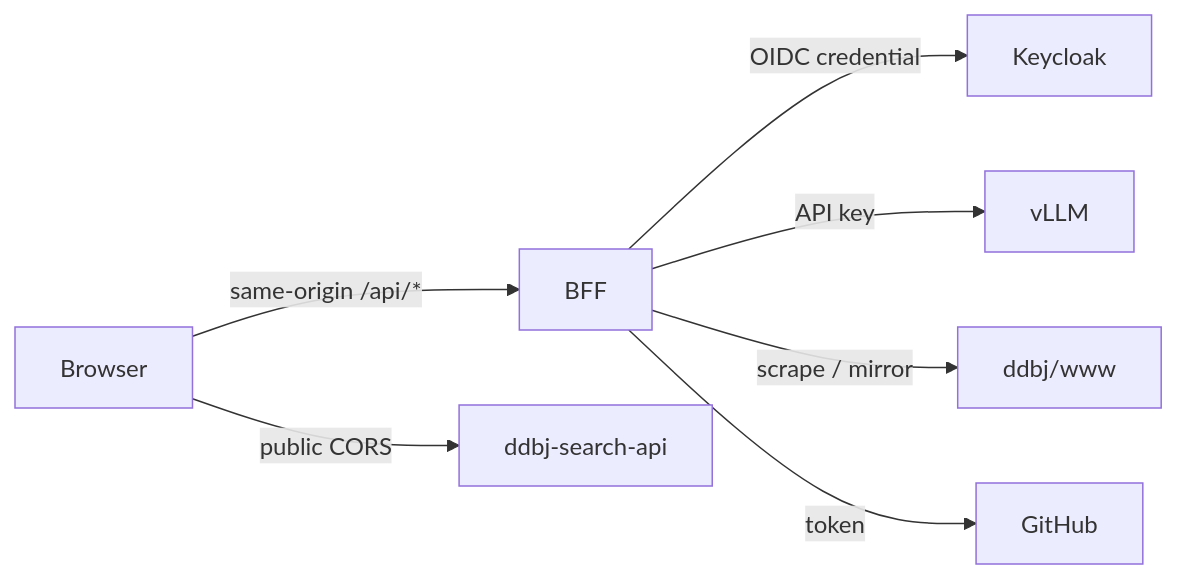
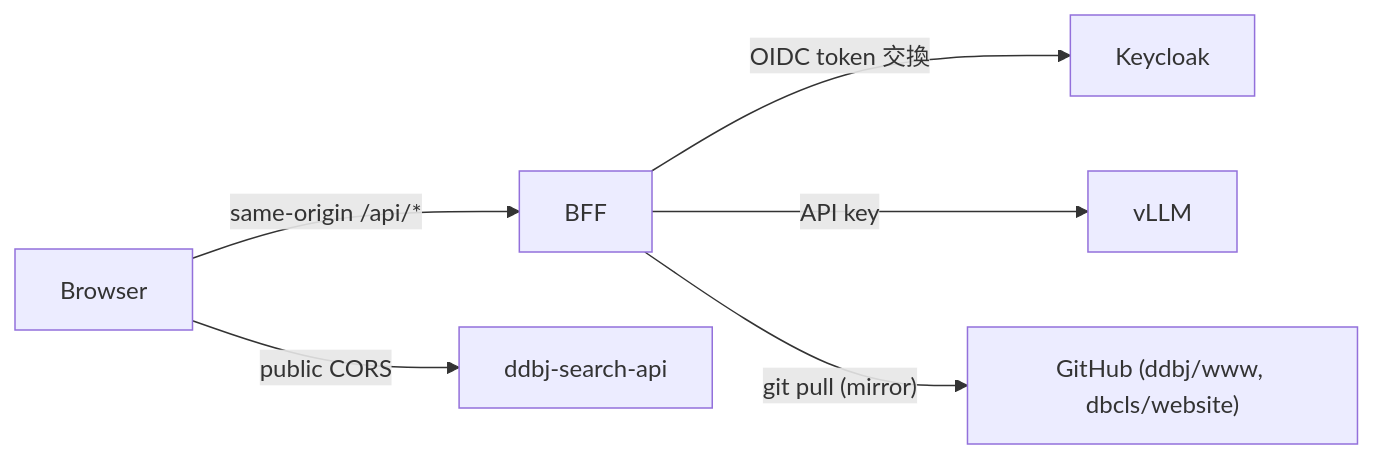
One commit to ddbj/db-portal changed the first of 2 diagrams in docs/architecture.md. Above: the diagram before and after it, drawn with Mermaid. The commit also changed other lines of this file and 15 other files, not shown here.

````diff
--- a/docs/architecture.md
+++ b/docs/architecture.md
@@ -9,9 +9,8 @@
 ```mermaid
 flowchart LR
   Browser -- "same-origin /api/*" --> BFF
   Browser -- "public CORS" --> SearchAPI[ddbj-search-api]
-  BFF -- "OIDC credential" --> Keycloak
+  BFF -- "OIDC token 交換" --> Keycloak
   BFF -- "API key" --> vLLM
-  BFF -- "scrape / mirror" --> DDBJWeb[ddbj/www]
-  BFF -- "token" --> GitHub
+  BFF -- "git pull (mirror)" --> GitHub["GitHub (ddbj/www, dbcls/website)"]
 ```
````
